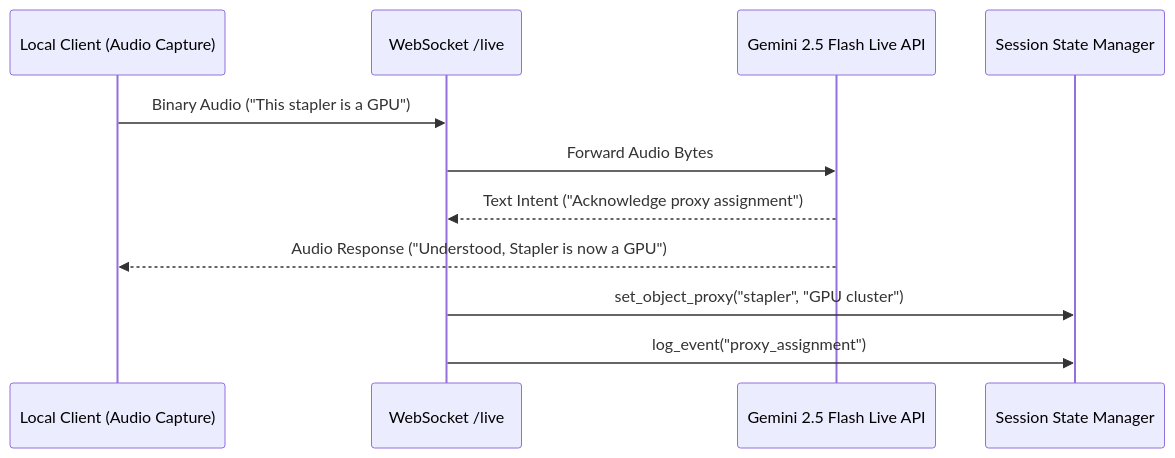
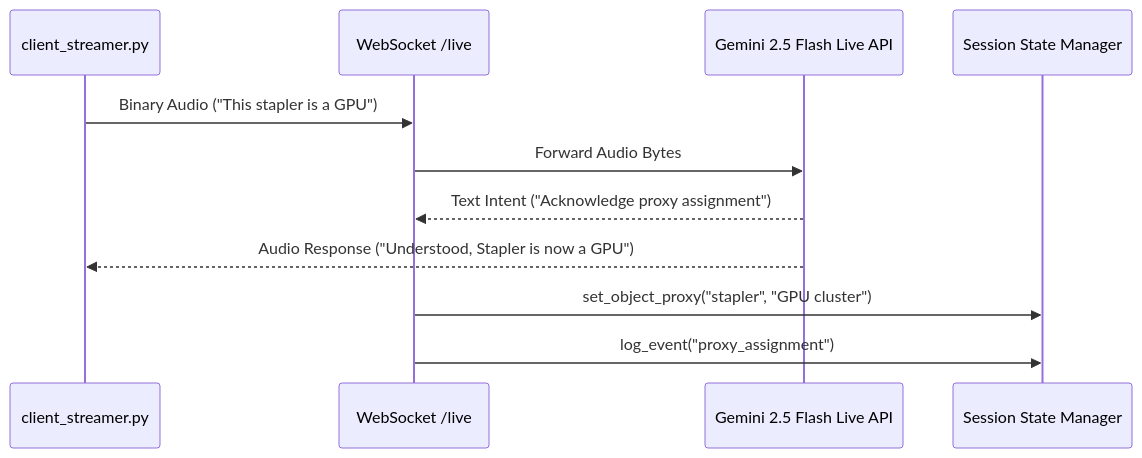
Before and after one commit to ithllc/FUSE: the third of 4 diagrams in docs/architecture/MULTIMODAL_WORKFLOWS.md, drawn with Mermaid. The commit also changed other lines of this file and 2 other files, not shown here.

First line of the commit message:
feat: add browser microphone capture and audio playback to web UI

````diff
--- a/docs/architecture/MULTIMODAL_WORKFLOWS.md
+++ b/docs/architecture/MULTIMODAL_WORKFLOWS.md
@@ -24,14 +43,14 @@
 ```mermaid
 sequenceDiagram
-    participant Client as Local Client (Audio Capture)
+    participant Client as client_streamer.py
     participant Server as WebSocket /live
     participant GeminiLive as Gemini 2.5 Flash Live API
     participant Redis as Session State Manager
 
     Client->>Server: Binary Audio ("This stapler is a GPU")
     Server->>GeminiLive: Forward Audio Bytes
     GeminiLive-->>Server: Text Intent ("Acknowledge proxy assignment")
     GeminiLive-->>Client: Audio Response ("Understood, Stapler is now a GPU")
     Server->>Redis: set_object_proxy("stapler", "GPU cluster")
     Server->>Redis: log_event("proxy_assignment")
 ```
````
